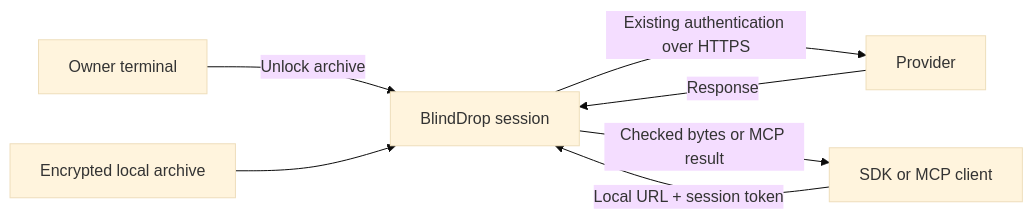
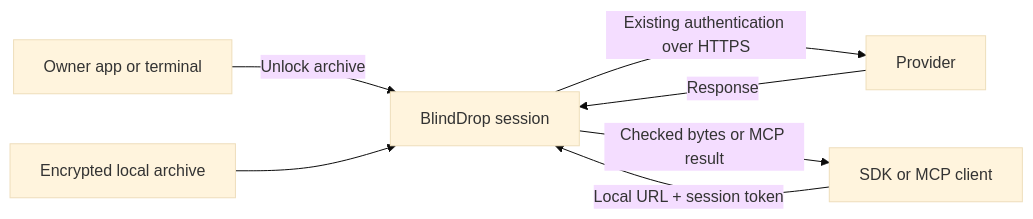
One commit to IluvatarLabs/blinddrop changed the diagram in CLIENTS.md. Above: the diagram before and after it, drawn with Mermaid (base theme). The commit also changed other lines of this file and 25 other files, not shown here.

````diff
--- a/CLIENTS.md
+++ b/CLIENTS.md
@@ -9,9 +9,9 @@
 ```mermaid
 flowchart LR
-    O[Owner terminal] -->|Unlock archive| F[BlindDrop session]
+    O[Owner app or terminal] -->|Unlock archive| F[BlindDrop session]
     V[Encrypted local archive] --> F
     A[SDK or MCP client] -->|Local URL + session token| F
     F -->|Existing authentication over HTTPS| P[Provider]
     P -->|Response| F
     F -->|Checked bytes or MCP result| A
 ```
````
